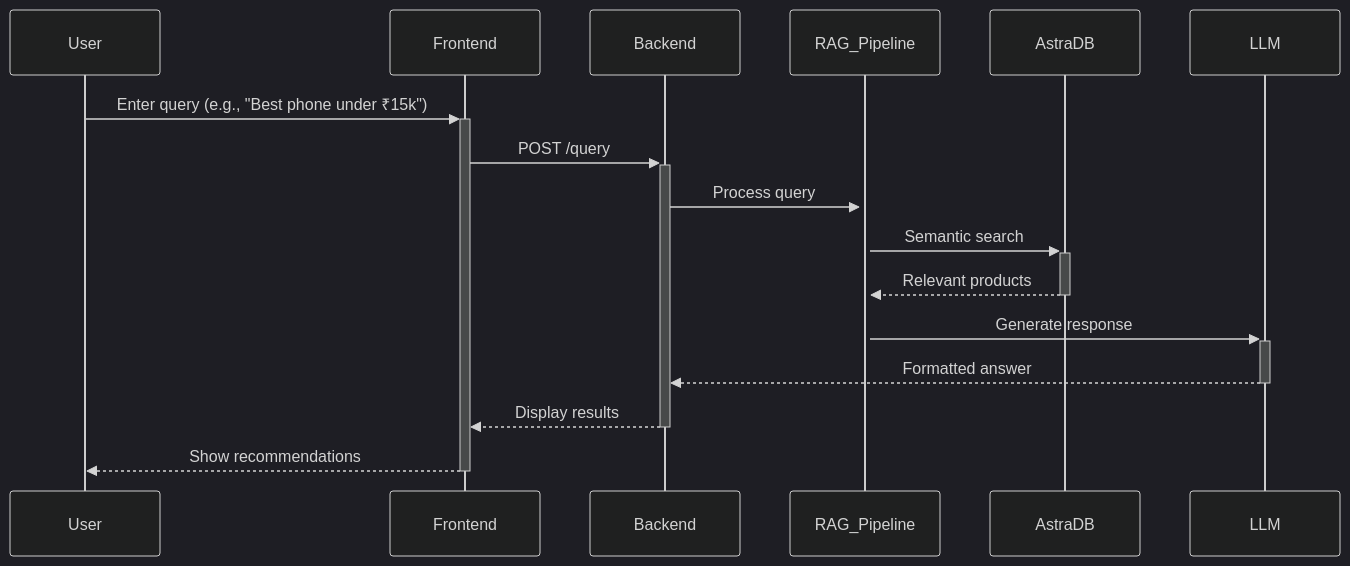
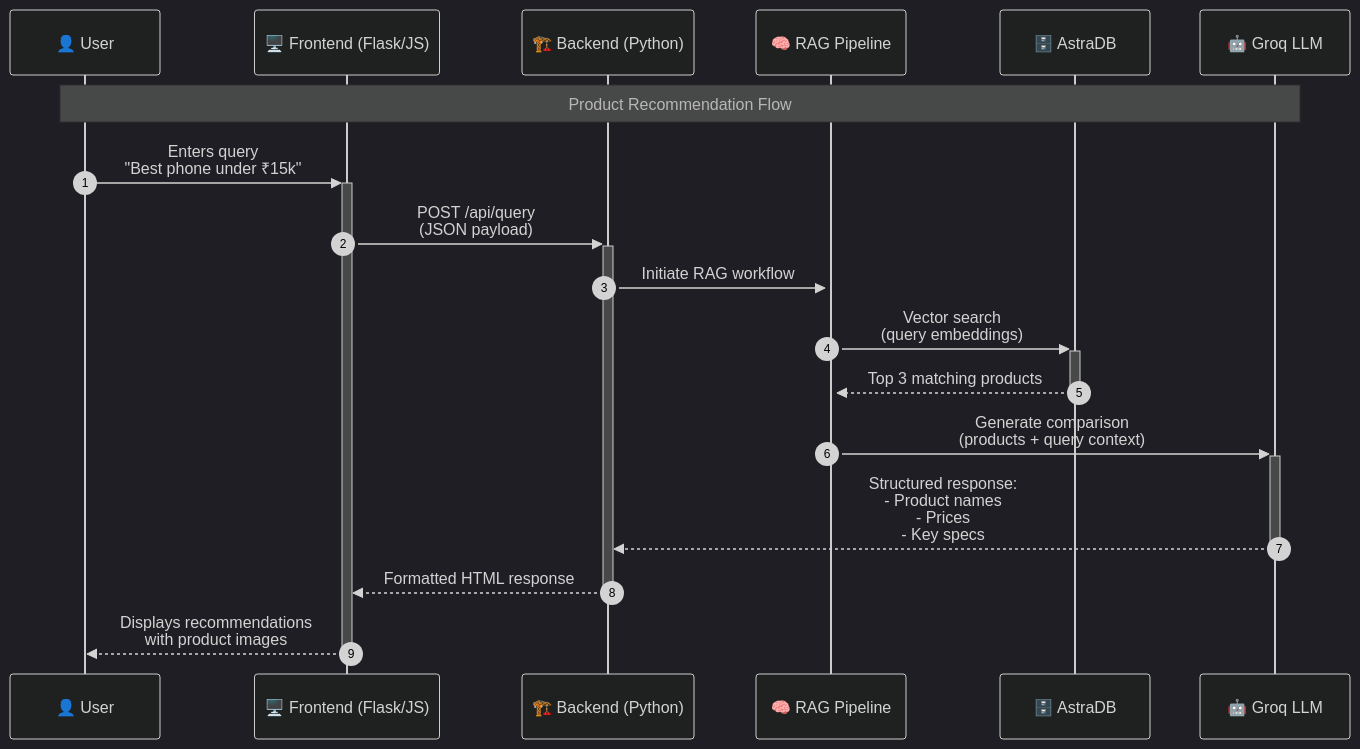
Before and after one commit to aimldinesh/NexPick: the second of 2 diagrams in README.md, drawn with Mermaid (dark theme).

Commit message:
readme updated

````diff
--- a/README.md
+++ b/README.md
@@ -151,20 +151,22 @@
 ```mermaid
+
 sequenceDiagram
-    participant User
-    participant Frontend
-    participant Backend
-    participant RAG_Pipeline
-    participant AstraDB
-    participant LLM
-    
-    User->>+Frontend: Enter query (e.g., "Best phone under ₹15k")
-    Frontend->>+Backend: POST /query
-    Backend->>+RAG_Pipeline: Process query
-    RAG_Pipeline->>+AstraDB: Semantic search
-    AstraDB-->>-RAG_Pipeline: Relevant products
-    RAG_Pipeline->>+LLM: Generate response
-    LLM-->>-Backend: Formatted answer
-    Backend-->>-Frontend: Display results
-    Frontend-->>-User: Show recommendations
+    autonumber
+    participant User as 👤 User
+    participant Frontend as 🖥️ Frontend (Flask/JS)
+    participant Backend as 🏗️ Backend (Python)
+    participant RAG as 🧠 RAG Pipeline
+    participant AstraDB as 🗄️ AstraDB
+    participant LLM as 🤖 Groq LLM
 
+    Note over User,LLM: Product Recommendation Flow
+    User->>+Frontend: Enters query<br/>"Best phone under ₹15k"
+    Frontend->>+Backend: POST /api/query<br/>(JSON payload)
+    Backend->>+RAG: Initiate RAG workflow
+    RAG->>+AstraDB: Vector search<br/>(query embeddings)
+    AstraDB-->>-RAG: Top 3 matching products
+    RAG->>+LLM: Generate comparison<br/>(products + query context)
+    LLM-->>-Backend: Structured response:<br/>- Product names<br/>- Prices<br/>- Key specs
+    Backend-->>-Frontend: Formatted HTML response
+    Frontend-->>-User: Displays recommendations<br/>with product images
 ```
````
